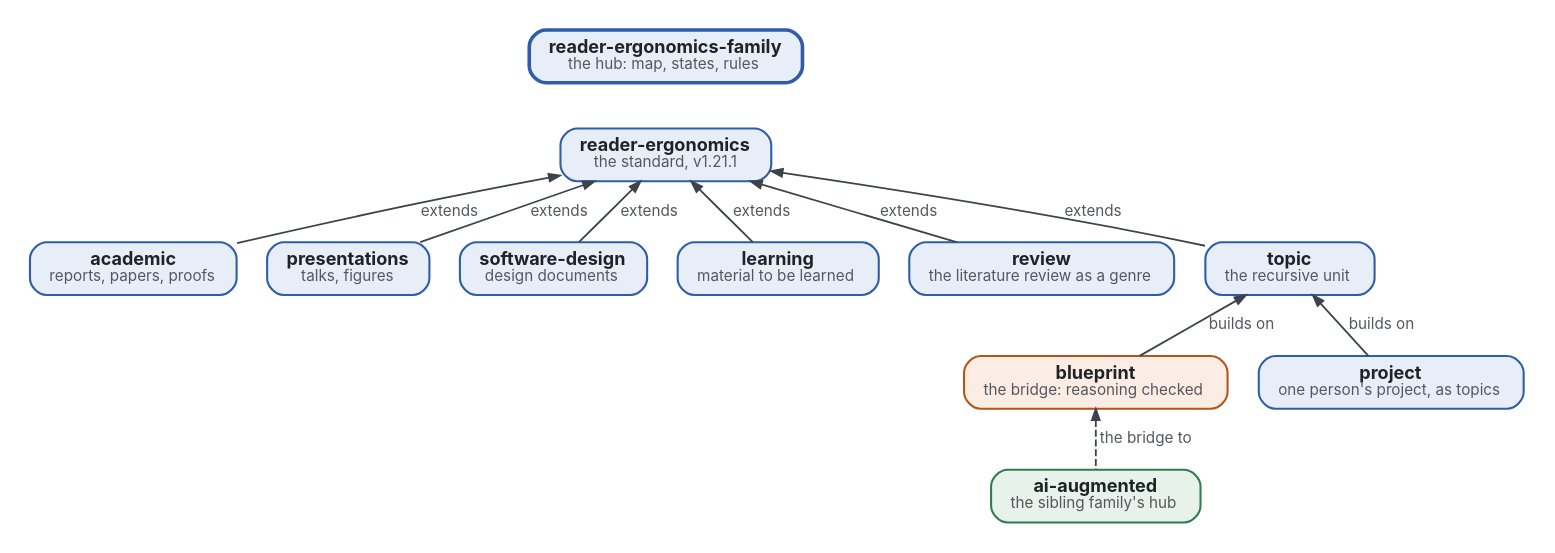
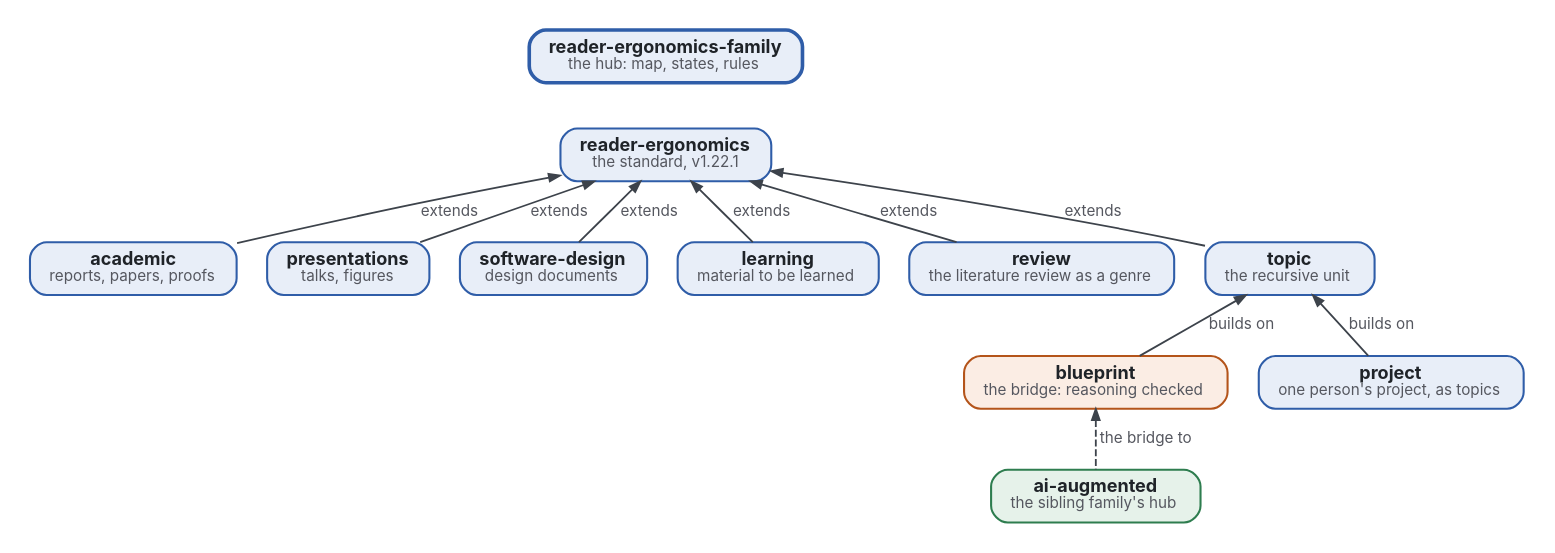
Before and after one commit to Tewf/reader-ergonomics-family: the diagram in map.dot, drawn with Graphviz. The commit also changed 17 other files, not shown here.

First line of the commit message:
Move to reader-ergonomics v1.22.1, release v0.1.3

```diff
--- a/map.dot
+++ b/map.dot
@@ -1,30 +1,30 @@
 // The map of the reader-ergonomics family. Colours: the family blue, the sibling family green, the bridge orange,
 // each kind named in its box; this page, the hub, has the thick border and nothing points to it.
 digraph map {
   graph [rankdir=TB, nodesep=0.3, ranksep=0.45, bgcolor="white", pad=0.2, fontname="Inter", newrank=true];
   node  [shape=box, style="rounded,filled", fontname="Inter", fontsize=13, margin="0.2,0.1", penwidth=1.5, fontcolor="#1F2328"];
   edge  [fontname="Inter", fontsize=11, color="#3D434B", fontcolor="#55575F", penwidth=1.3, arrowsize=0.8];
   HUB [label=<<b>reader-ergonomics-family</b><br/><font point-size="11" color="#55575F">the hub: map, states, rules</font>>, fillcolor="#E8EEF8", color="#2F5DA8", penwidth=2.6];
-  RE [label=<<b>reader-ergonomics</b><br/><font point-size="11" color="#55575F">the standard, v1.21.1</font>>, fillcolor="#E8EEF8", color="#2F5DA8"];
+  RE [label=<<b>reader-ergonomics</b><br/><font point-size="11" color="#55575F">the standard, v1.22.1</font>>, fillcolor="#E8EEF8", color="#2F5DA8"];
   AC [label=<<b>academic</b><br/><font point-size="11" color="#55575F">reports, papers, proofs</font>>, fillcolor="#E8EEF8", color="#2F5DA8"];
   PR [label=<<b>presentations</b><br/><font point-size="11" color="#55575F">talks, figures</font>>, fillcolor="#E8EEF8", color="#2F5DA8"];
   SD [label=<<b>software-design</b><br/><font point-size="11" color="#55575F">design documents</font>>, fillcolor="#E8EEF8", color="#2F5DA8"];
   LE [label=<<b>learning</b><br/><font point-size="11" color="#55575F">material to be learned</font>>, fillcolor="#E8EEF8", color="#2F5DA8"];
   RV [label=<<b>review</b><br/><font point-size="11" color="#55575F">the literature review as a genre</font>>, fillcolor="#E8EEF8", color="#2F5DA8"];
   T  [label=<<b>topic</b><br/><font point-size="11" color="#55575F">the recursive unit</font>>, fillcolor="#E8EEF8", color="#2F5DA8"];
   BP [label=<<b>blueprint</b><br/><font point-size="11" color="#55575F">the bridge: reasoning checked</font>>, fillcolor="#FBEDE4", color="#B4541A"];
   P  [label=<<b>project</b><br/><font point-size="11" color="#55575F">one person's project, as topics</font>>, fillcolor="#E8EEF8", color="#2F5DA8"];
   AI [label=<<b>ai-augmented</b><br/><font point-size="11" color="#55575F">the sibling family's hub</font>>, fillcolor="#E6F2EA", color="#2E7D4F"];
   HUB -> RE [style=invis];
   RE -> AC [dir=back, label=" extends"];
   RE -> PR [dir=back, label=" extends"];
   RE -> SD [dir=back, label=" extends"];
   RE -> LE [dir=back, label=" extends"];
   RE -> T [dir=back, label=" extends"];
   RE -> RV [dir=back, label=" extends"];
   T -> BP [dir=back, label=" builds on"];
   T -> P [dir=back, label=" builds on"];
   BP -> AI [dir=back, style=dashed, label=" the bridge to"];
   {rank=same; AC; PR; SD; LE; T; RV}
   {rank=same; BP; P}
 }
```
